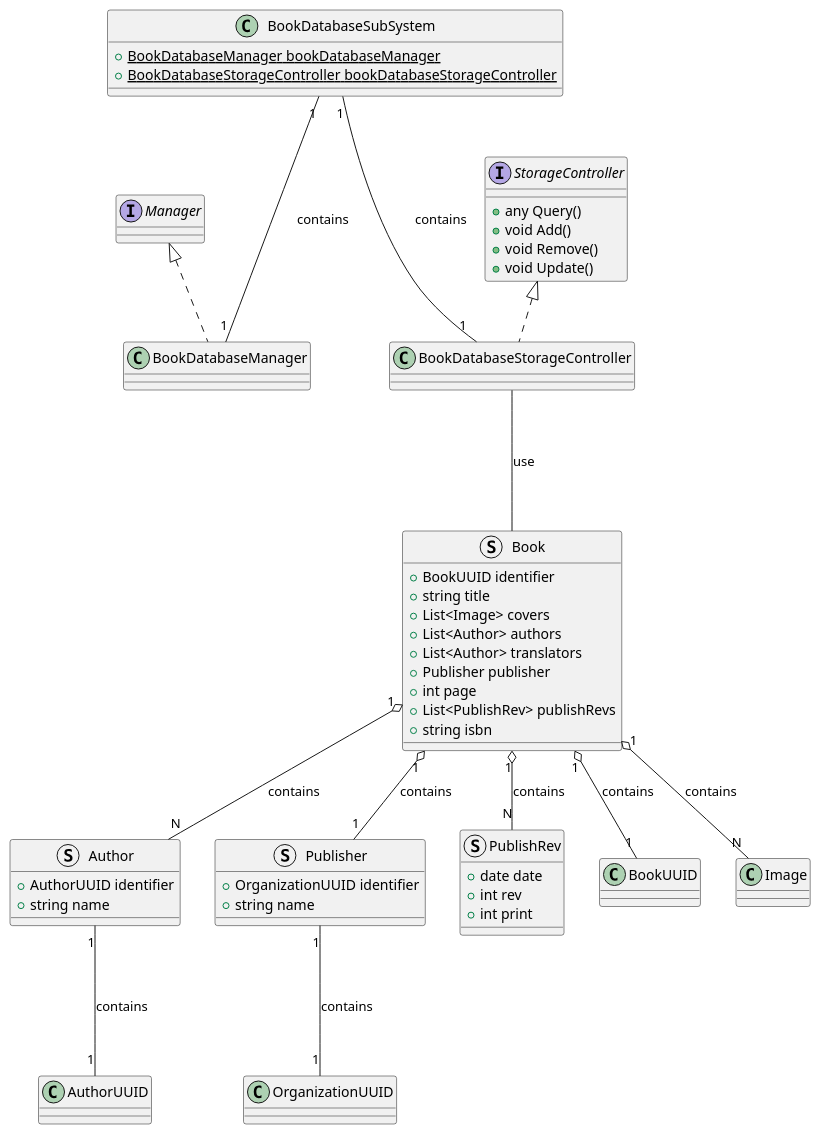
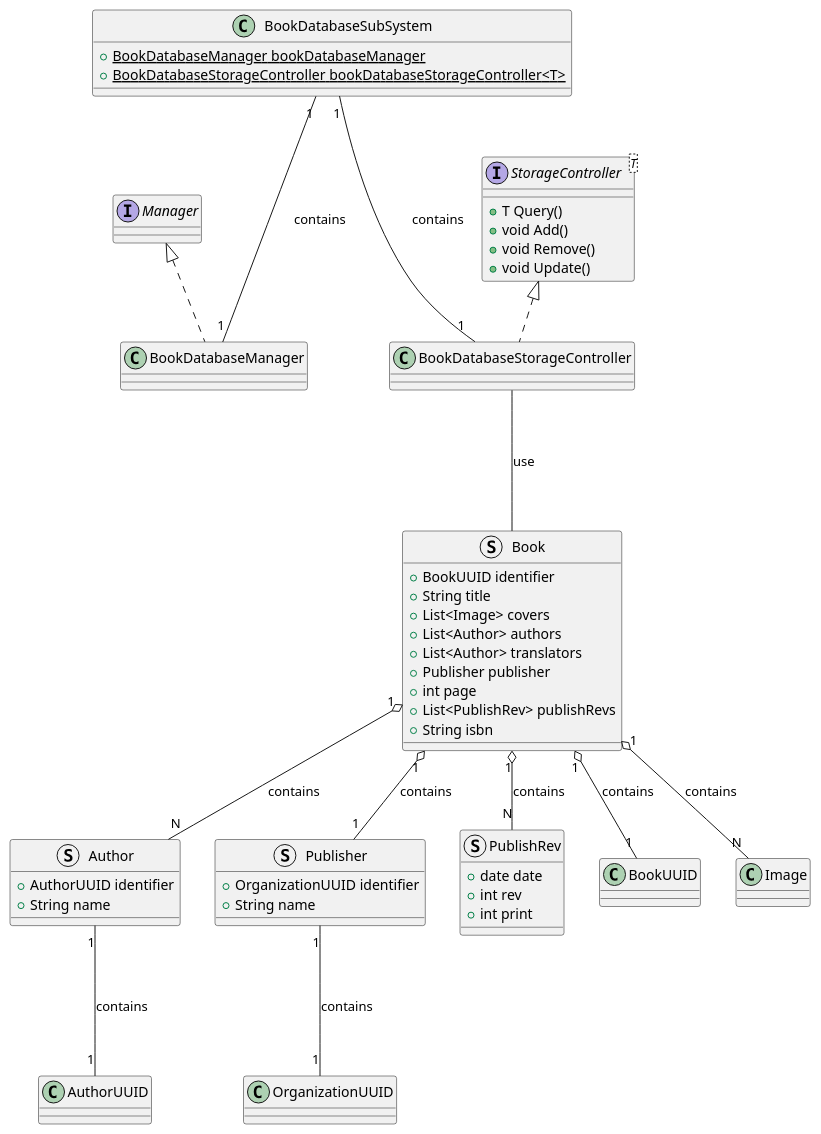
The diagram in src/BookDatabase.puml (ShapeLayer/se-lecture-task__project-structure-definitions), drawn with PlantUML before and after one commit. The commit also changed 19 other files, not shown here.

```diff
--- a/src/BookDatabase.puml
+++ b/src/BookDatabase.puml
@@ -1,60 +1,60 @@
 @startuml
 Interface Manager
-Interface StorageController {
-    + any Query()
+Interface StorageController<T> {
+    + T Query()
     + void Add()
     + void Remove()
     + void Update()
 }
 
 struct Author {
     + AuthorUUID identifier
-    + string name
+    + String name
 }
 Author "1" --- "1" AuthorUUID : contains
 
 struct Publisher {
     + OrganizationUUID identifier
-    + string name
+    + String name
 }
 Publisher "1" --- "1" OrganizationUUID : contains
 
 struct PublishRev {
     + date date
     + int rev
     + int print
 }
 
 struct Book {
     + BookUUID identifier
-    + string title
+    + String title
     + List<Image> covers
     + List<Author> authors
     + List<Author> translators
     + Publisher publisher
     + int page
     + List<PublishRev> publishRevs
-    + string isbn
+    + String isbn
 }
 Book "1" o-- "1" BookUUID : contains
 Book "1" o-- "N" Image : contains
 Book "1" o-- "N" Author : contains
 Book "1" o-- "1" Publisher : contains
 Book "1" o-- "N" PublishRev : contains
 
 ' BookDatabaseSubSystem
 
 class BookDatabaseManager implements Manager {}
 
 class BookDatabaseStorageController implements StorageController {}
 BookDatabaseStorageController --- Book : use
 
 class BookDatabaseSubSystem {
     + {static} BookDatabaseManager bookDatabaseManager
-    + {static} BookDatabaseStorageController bookDatabaseStorageController
+    + {static} BookDatabaseStorageController bookDatabaseStorageController<T>
 }
 
 BookDatabaseSubSystem "1" --- "1" BookDatabaseManager : contains
 BookDatabaseSubSystem "1" --- "1" BookDatabaseStorageController : contains
 
 @enduml
```
